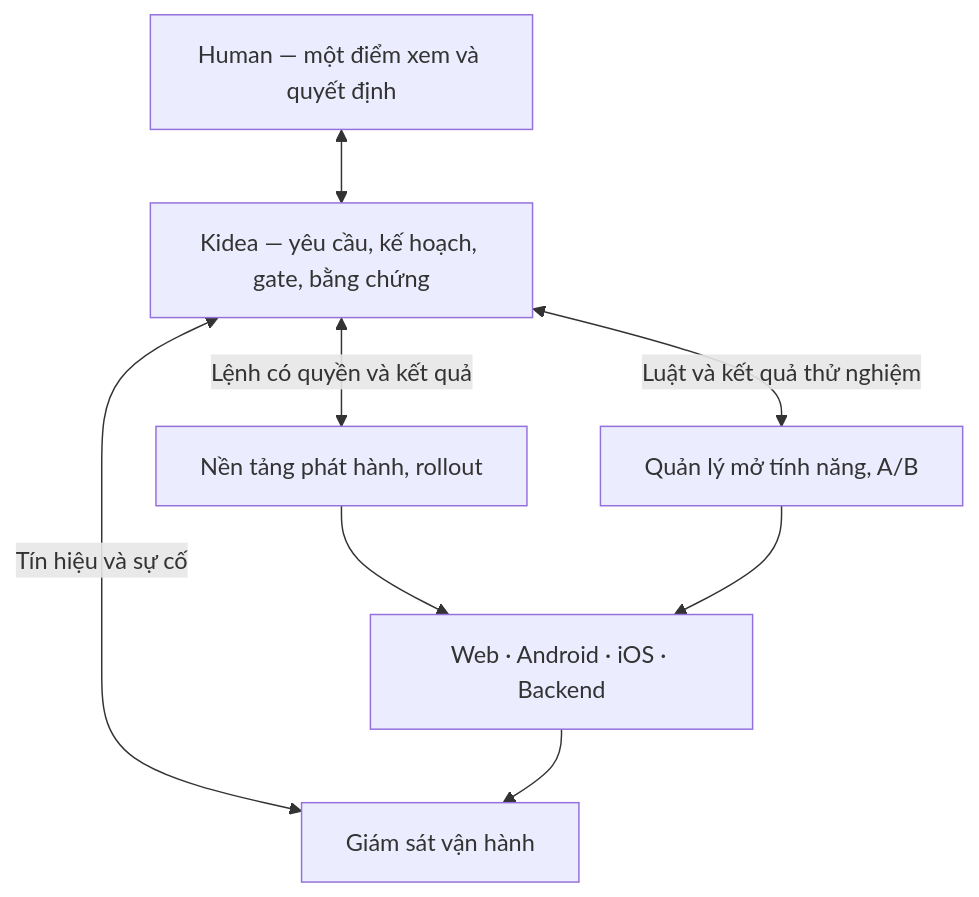
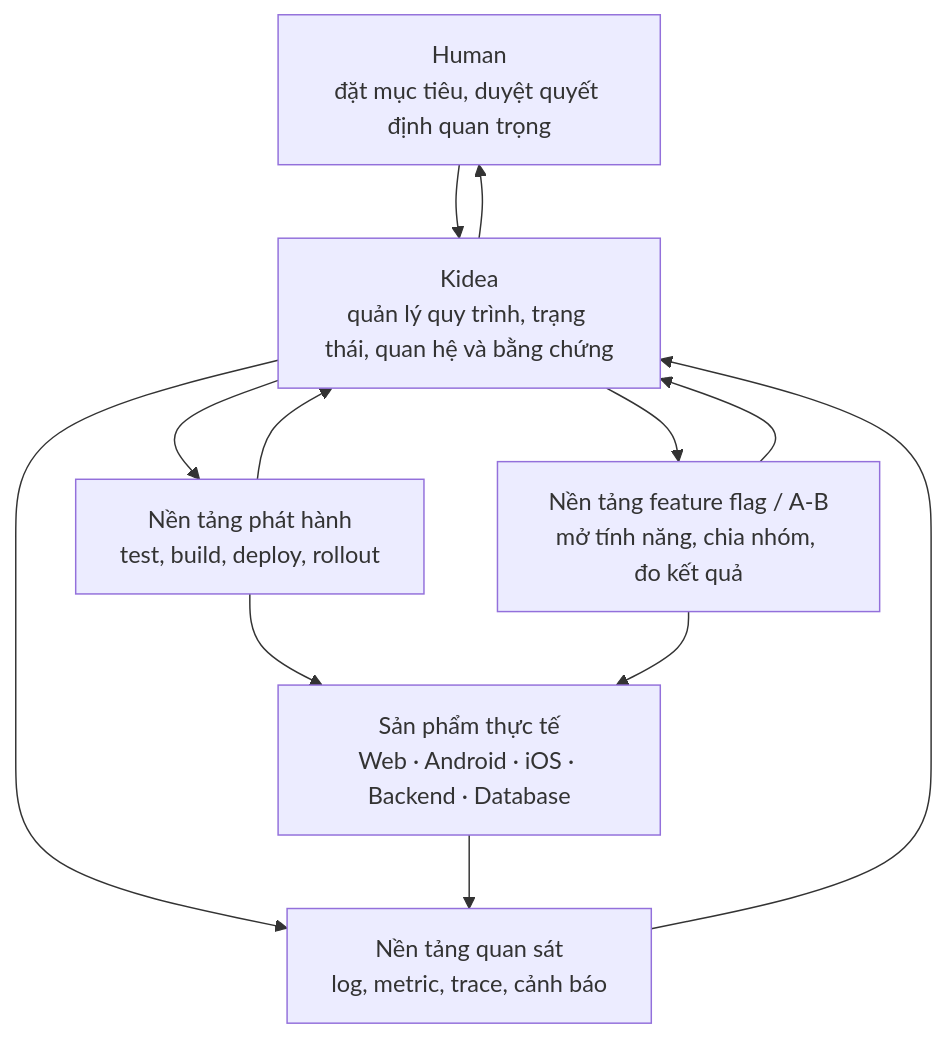
One commit to Kynderis/kidea changed the first of 2 diagrams in answer.md. Above: the diagram before and after it, drawn with Mermaid. The commit also changed other lines of this file, not shown here.

````diff
--- a/answer.md
+++ b/answer.md
@@ -31,10 +13,14 @@
 ```mermaid
 flowchart TD
-    H["Human — một điểm xem và quyết định"] <--> K["Kidea — yêu cầu, kế hoạch, gate, bằng chứng"]
-    K <-->|"Lệnh có quyền và kết quả"| D["Nền tảng phát hành, rollout"]
-    K <-->|"Luật và kết quả thử nghiệm"| F["Quản lý mở tính năng, A/B"]
-    K <-->|"Tín hiệu và sự cố"| O["Giám sát vận hành"]
-    D --> P["Web · Android · iOS · Backend"]
+    H["Human<br/>đặt mục tiêu, duyệt quyết định quan trọng"] --> K["Kidea<br/>quản lý quy trình, trạng thái, quan hệ và bằng chứng"]
+    K --> D["Nền tảng phát hành<br/>test, build, deploy, rollout"]
+    K --> F["Nền tảng feature flag / A-B<br/>mở tính năng, chia nhóm, đo kết quả"]
+    K --> O["Nền tảng quan sát<br/>log, metric, trace, cảnh báo"]
+    D --> P["Sản phẩm thực tế<br/>Web · Android · iOS · Backend · Database"]
     F --> P
     P --> O
+    D --> K
+    F --> K
+    O --> K
+    K --> H
 ```
````
